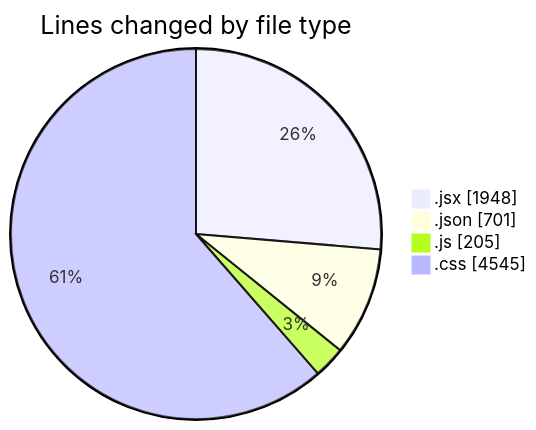
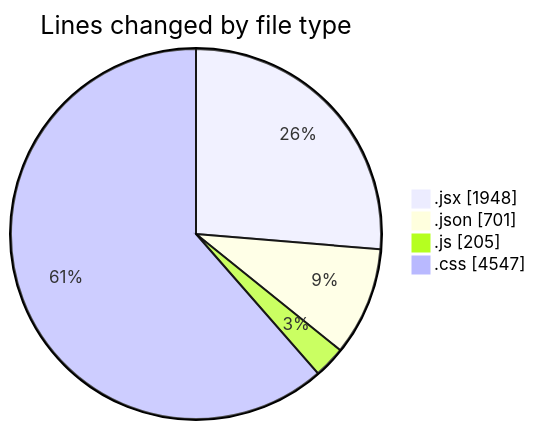
The first of 2 diagrams in 2025-05-04/project/README.md (BS-eng2023/code-tracking), drawn with Mermaid before and after one commit. The commit also changed other lines of this file and 1 other file, not shown here.

````diff
--- a/2025-05-04/project/README.md
+++ b/2025-05-04/project/README.md
@@ -43,8 +43,8 @@
 ```mermaid
 pie showData
 title Lines changed by file type
 ".jsx" : 1948
 ".json" : 701
 ".js" : 205
-".css" : 4545
+".css" : 4547
 ```
````
